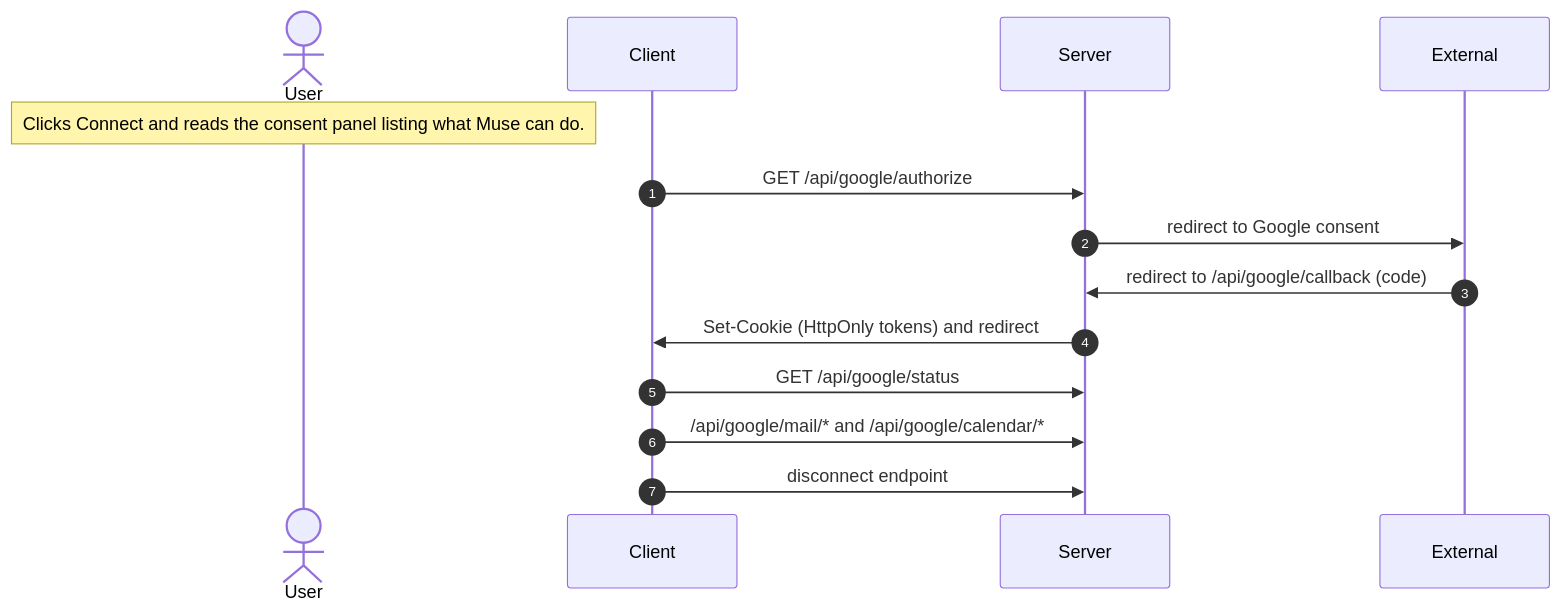
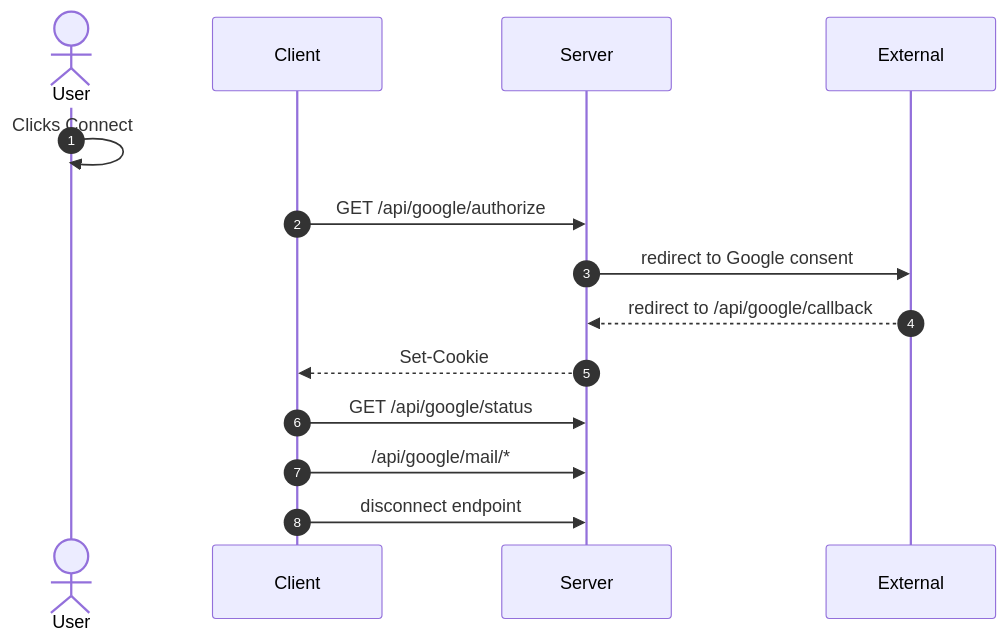
One commit to lngsa1234/mini-muse-mvp changed the diagram in docs/architecture/workflows/google-connect.md. Above: the diagram before and after it, drawn with Mermaid. The commit also changed 4 other files, not shown here.

````diff
--- a/docs/architecture/workflows/google-connect.md
+++ b/docs/architecture/workflows/google-connect.md
@@ -15,16 +15,16 @@
 ```mermaid
 sequenceDiagram
   autonumber
   actor user as User
   participant client as Client
   participant server as Server
   participant external as External
-  Note over user: Clicks Connect and reads the consent panel listing what Muse can do.
+  user->>user: Clicks Connect
   client->>server: GET /api/google/authorize
   server->>external: redirect to Google consent
-  external->>server: redirect to /api/google/callback (code)
-  server->>client: Set-Cookie (HttpOnly tokens) and redirect
+  external-->>server: redirect to /api/google/callback
+  server-->>client: Set-Cookie
   client->>server: GET /api/google/status
-  client->>server: /api/google/mail/* and /api/google/calendar/*
+  client->>server: /api/google/mail/*
   client->>server: disconnect endpoint
 ```
````
